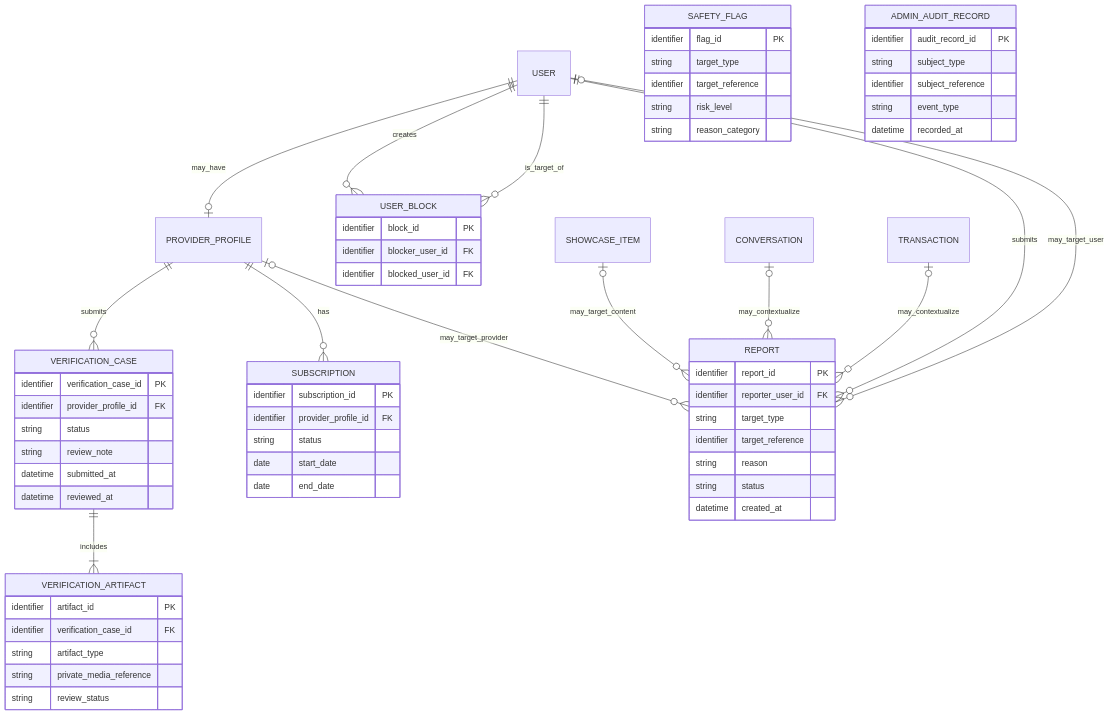
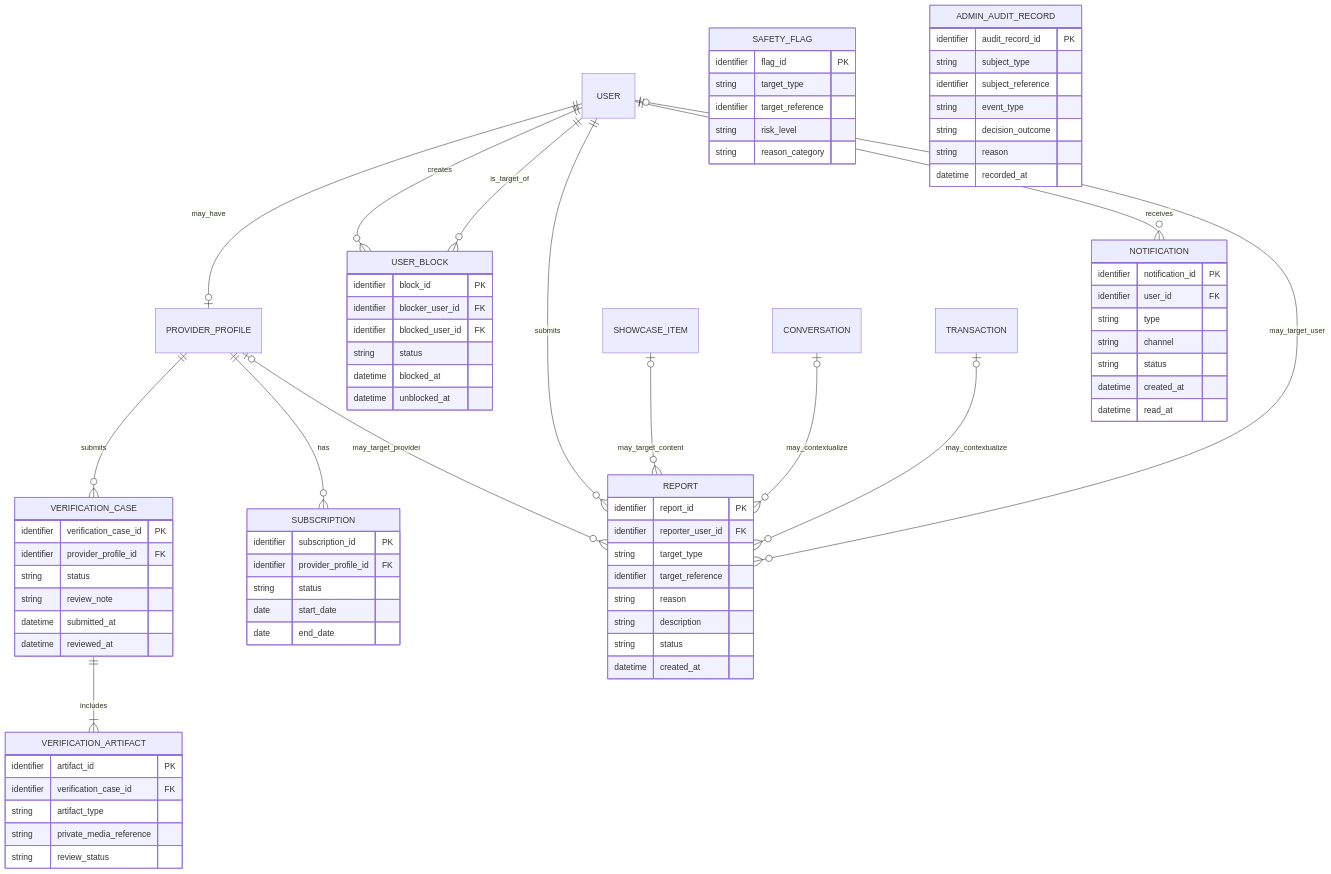
One commit to Yadd-SanaaUniversityGraduationProject/yadd changed the second of 2 diagrams in docs/03-analysis/11-ERD.md. Above: the diagram before and after it, drawn with Mermaid. The commit also changed other lines of this file, not shown here.

Commit message:
analysis: align conceptual ERD with DEC-078..090

````diff
--- a/docs/03-analysis/11-ERD.md
+++ b/docs/03-analysis/11-ERD.md
@@ -317,6 +337,7 @@
     USER ||--o{ USER_BLOCK : is_target_of
 
     USER ||--o{ REPORT : submits
+    USER ||--o{ NOTIFICATION : receives
     USER o|--o{ REPORT : may_target_user
     PROVIDER_PROFILE o|--o{ REPORT : may_target_provider
     SHOWCASE_ITEM o|--o{ REPORT : may_target_content
@@ -352,6 +373,9 @@
       identifier block_id PK
       identifier blocker_user_id FK
       identifier blocked_user_id FK
+      string status
+      datetime blocked_at
+      datetime unblocked_at
     }
 
     REPORT {
@@ -360,6 +384,7 @@
       string target_type
       identifier target_reference
       string reason
+      string description
       string status
       datetime created_at
     }
@@ -377,6 +402,18 @@
       string subject_type
       identifier subject_reference
       string event_type
+      string decision_outcome
+      string reason
       datetime recorded_at
     }
+
+    NOTIFICATION {
+      identifier notification_id PK
+      identifier user_id FK
+      string type
+      string channel
+      string status
+      datetime created_at
+      datetime read_at
+    }
 ```
````
